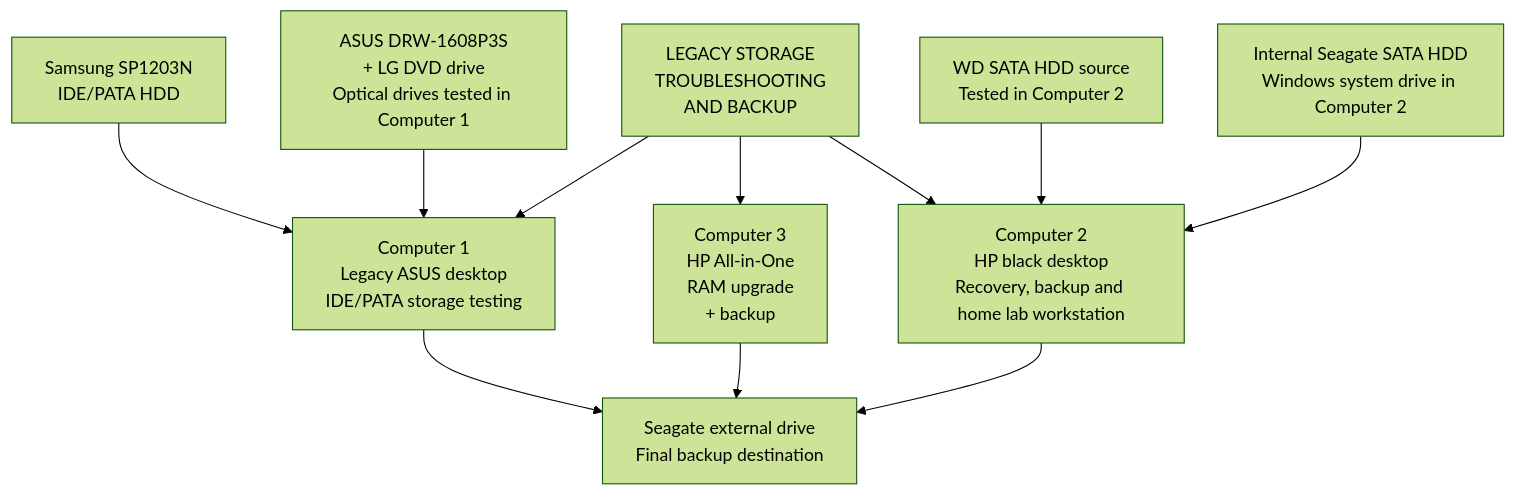
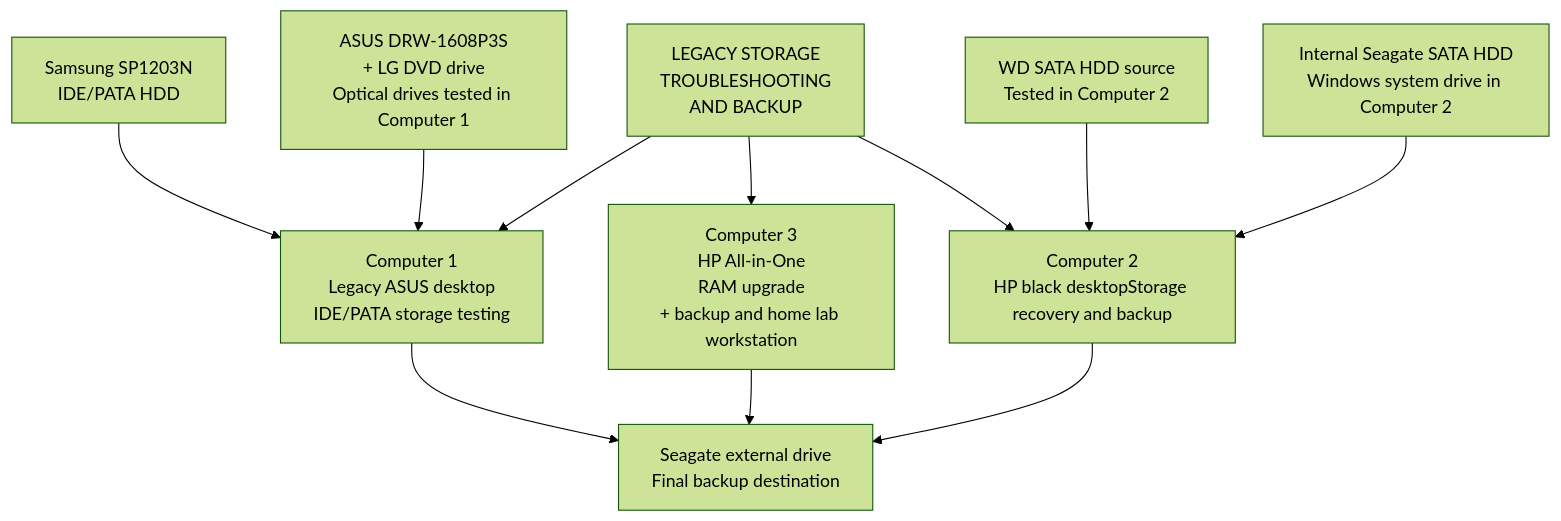
The first of 2 diagrams in PROJECTS/01-lab-environment/lab-environment-overview.md (aang81a/my-it-support-portfolio), drawn with Mermaid (forest theme) before and after one commit. The commit also changed other lines of this file, not shown here.

````diff
--- a/PROJECTS/01-lab-environment/lab-environment-overview.md
+++ b/PROJECTS/01-lab-environment/lab-environment-overview.md
@@ -13,31 +11,31 @@
 ```mermaid
 flowchart TB
 
     TITLE["LEGACY STORAGE<br/>TROUBLESHOOTING<br/>AND BACKUP"]
 
     C1["Computer 1<br/>Legacy ASUS desktop<br/>IDE/PATA storage testing"]
-    C3["Computer 3<br/>HP All-in-One<br/>RAM upgrade<br/>+ backup"]
-    C2["Computer 2<br/>HP black desktop<br/>Recovery, backup and home lab workstation"]
+    C3["Computer 3<br/>HP All-in-One<br/>RAM upgrade<br/>+ backup and home lab workstation"]
+    C2["Computer 2<br/>HP black desktopStorage recovery and backup"]
 
     Samsung["Samsung SP1203N<br/>IDE/PATA HDD"]
     Optical["ASUS DRW-1608P3S<br/>+ LG DVD drive<br/>Optical drives tested in Computer 1"]
 
     WD["WD SATA HDD source<br/>Tested in Computer 2"]
     InternalSeagate["Internal Seagate SATA HDD<br/>Windows system drive in Computer 2"]
 
     ExternalSeagate["Seagate external drive<br/>Final backup destination"]
 
     TITLE --> C1
     TITLE --> C3
     TITLE --> C2
 
     Samsung --> C1
     Optical --> C1
 
     WD --> C2
     InternalSeagate --> C2
 
     C1 --> ExternalSeagate
     C3 --> ExternalSeagate
     C2 --> ExternalSeagate
 ```
````
